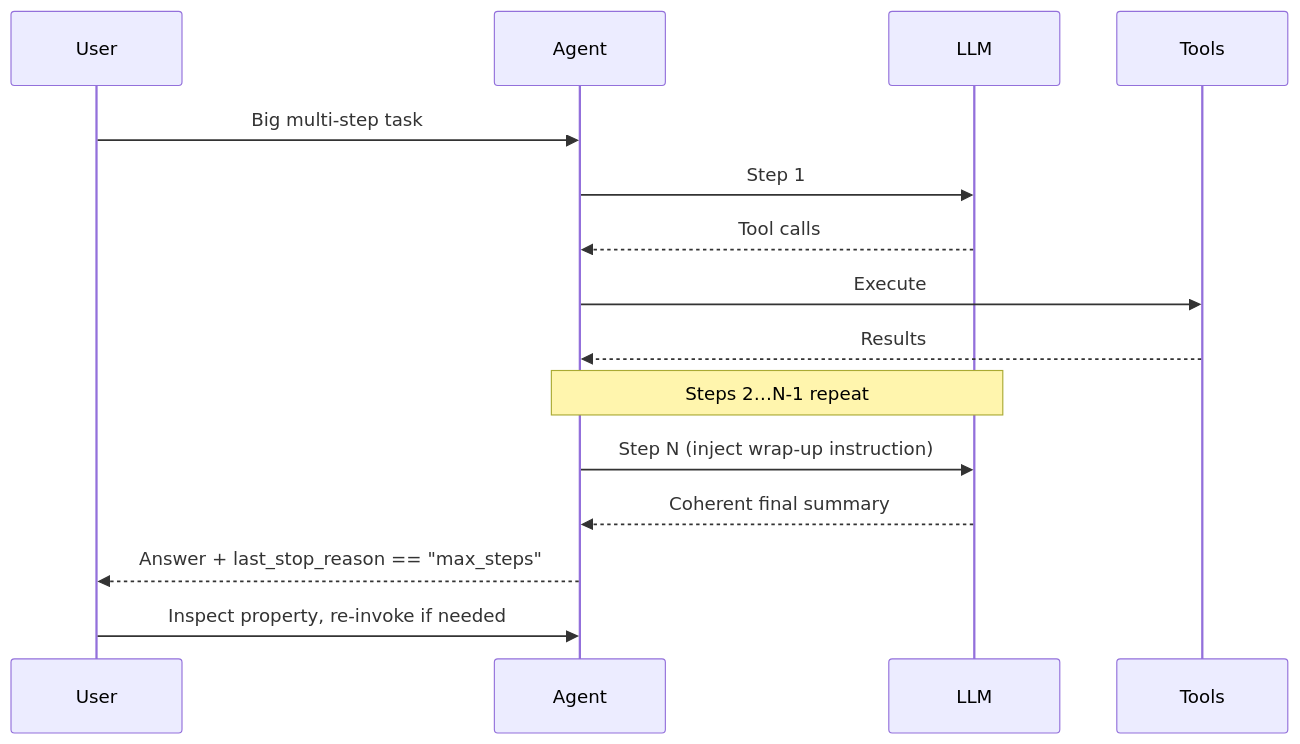
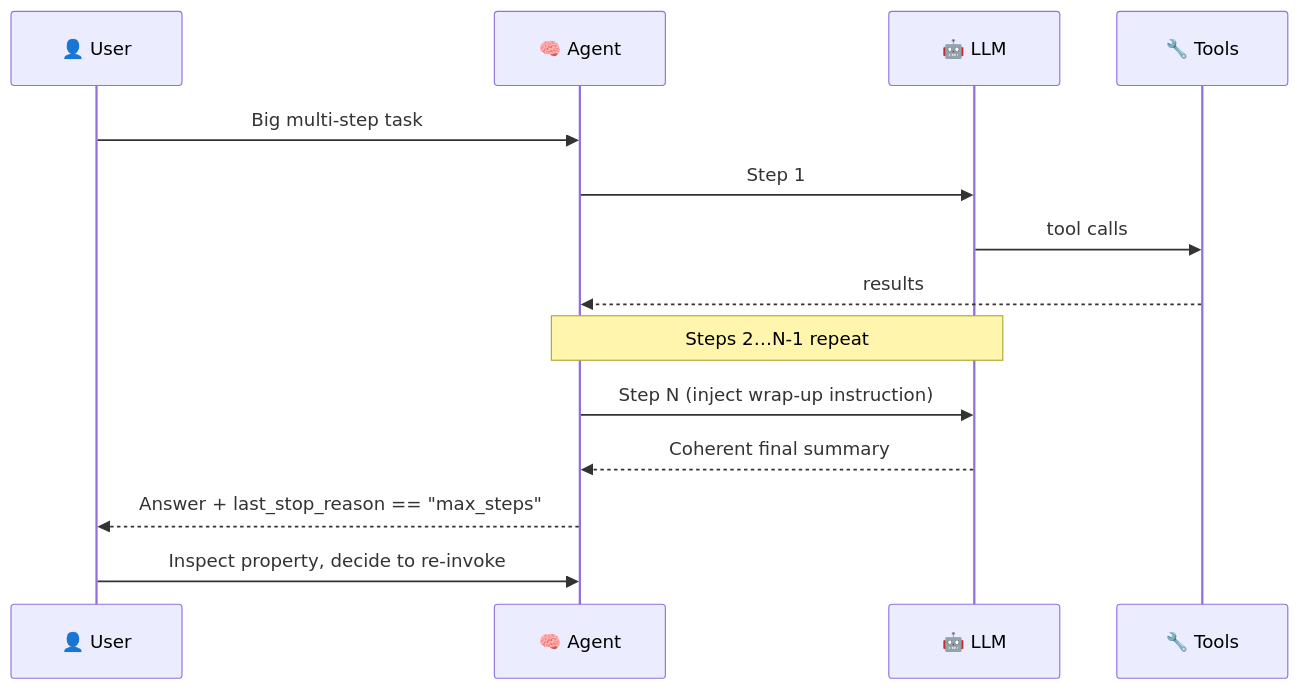
One commit to MervinPraison/PraisonAIDocs changed the second of 3 diagrams in docs/features/max-steps.mdx. Above: the diagram before and after it, drawn with Mermaid. The commit also changed other lines of this file and 4 other files, not shown here.

````diff
--- a/docs/features/max-steps.mdx
+++ b/docs/features/max-steps.mdx
@@ -75,18 +80,17 @@
 ```mermaid
 sequenceDiagram
-    participant User
-    participant Agent
-    participant LLM
-    participant Tools
+    participant User as 👤 User
+    participant Agent as 🧠 Agent
+    participant LLM as 🤖 LLM
+    participant Tools as 🔧 Tools
 
     User->>Agent: Big multi-step task
     Agent->>LLM: Step 1
-    LLM-->>Agent: Tool calls
-    Agent->>Tools: Execute
-    Tools-->>Agent: Results
+    LLM->>Tools: tool calls
+    Tools-->>Agent: results
     Note over Agent,LLM: Steps 2…N-1 repeat
     Agent->>LLM: Step N (inject wrap-up instruction)
     LLM-->>Agent: Coherent final summary
     Agent-->>User: Answer + last_stop_reason == "max_steps"
-    User->>Agent: Inspect property, re-invoke if needed
+    User->>Agent: Inspect property, decide to re-invoke
 ```
````
